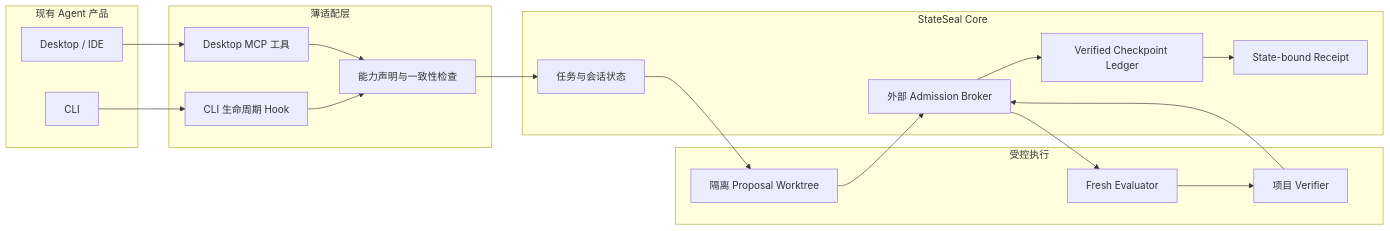
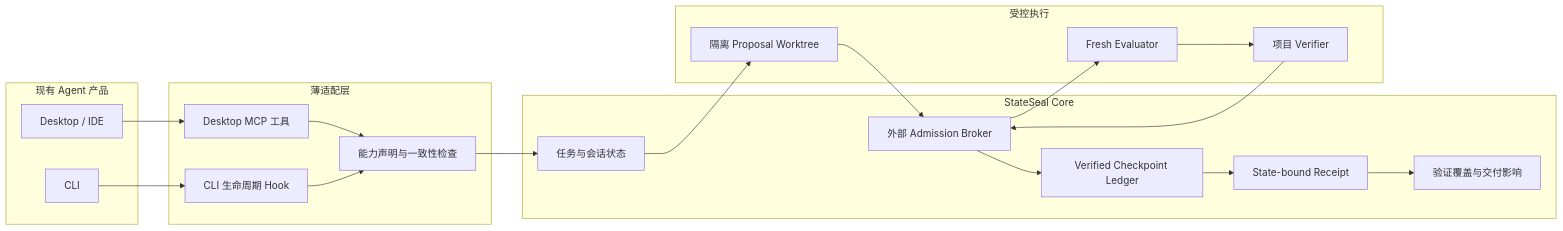
Before and after one commit to hellogxp/stateseal: the second of 2 diagrams in docs/product-map.zh-CN.md, drawn with Mermaid. The commit also changed other lines of this file and 8 other files, not shown here.

````diff
--- a/docs/product-map.zh-CN.md
+++ b/docs/product-map.zh-CN.md
@@ -32,34 +32,35 @@
 ```mermaid
 flowchart LR
     subgraph Agent["现有 Agent 产品"]
         CLI["CLI"]
         DESKTOP["Desktop / IDE"]
     end
 
     subgraph Adapter["薄适配层"]
         EVENT["CLI 生命周期 Hook"]
         MCP["Desktop MCP 工具"]
         CONF["能力声明与一致性检查"]
     end
 
     subgraph Core["StateSeal Core"]
         SESSION["任务与会话状态"]
         BROKER["外部 Admission Broker"]
         CHECKPOINT["Verified Checkpoint Ledger"]
         RECEIPT["State-bound Receipt"]
+        COVERAGE["验证覆盖与交付影响"]
     end
 
     subgraph Runtime["受控执行"]
         PROPOSAL["隔离 Proposal Worktree"]
         EVALUATOR["Fresh Evaluator"]
         VERIFIER["项目 Verifier"]
     end
 
     CLI --> EVENT
     DESKTOP --> MCP
     MCP --> CONF
     EVENT --> CONF --> SESSION
     SESSION --> PROPOSAL --> BROKER
     BROKER --> EVALUATOR --> VERIFIER --> BROKER
-    BROKER --> CHECKPOINT --> RECEIPT
+    BROKER --> CHECKPOINT --> RECEIPT --> COVERAGE
 ```
````
